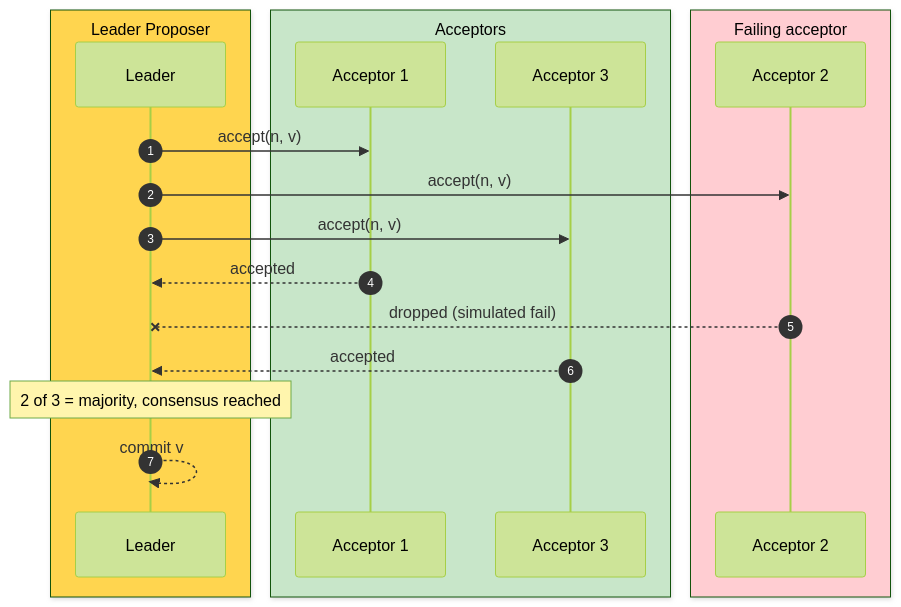
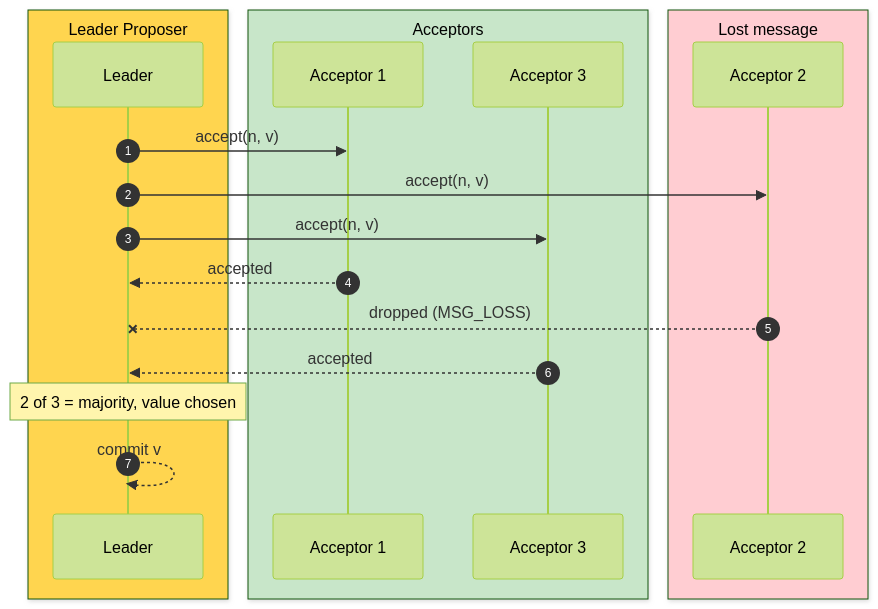
Before and after one commit to magana272/PAXOS-Key-Value-Store: the third of 5 diagrams in README.md, drawn with Mermaid (forest theme). The commit also changed other lines of this file and 8 other files, not shown here.

Commit message:
docs: rewrite README and add generated performance charts

````diff
--- a/README.md
+++ b/README.md
@@ -118,23 +134,23 @@
 ```mermaid
 sequenceDiagram
     autonumber
     box rgb(255,213,79) Leader Proposer
         participant L as Leader
     end
     box rgb(200,230,201) Acceptors
         participant A1 as Acceptor 1
         participant A3 as Acceptor 3
     end
-    box rgb(255,205,210) Failing acceptor
+    box rgb(255,205,210) Lost message
         participant A2 as Acceptor 2
     end
 
     L->>A1: accept(n, v)
     L->>A2: accept(n, v)
     L->>A3: accept(n, v)
     A1-->>L: accepted
-    A2--xL: dropped (simulated fail)
+    A2--xL: dropped (MSG_LOSS)
     A3-->>L: accepted
-    Note over L: 2 of 3 = majority, consensus reached
+    Note over L: 2 of 3 = majority, value chosen
     L-->>L: commit v
 ```
````
